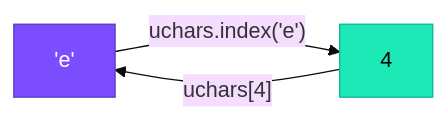
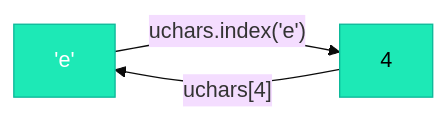
Before and after one commit to iamkhalid2/microgpt-course: the diagram in docs/01-data-and-tokenization/01-characters-as-numbers.md, drawn with Mermaid (base theme). The commit also changed 23 other files, not shown here.

````diff
--- a/docs/01-data-and-tokenization/01-characters-as-numbers.md
+++ b/docs/01-data-and-tokenization/01-characters-as-numbers.md
@@ -68,8 +68,8 @@
 ```mermaid
 flowchart LR
     A["'e'"] -- "uchars.index('e')" --> B["4"]
     B -- "uchars[4]" --> A
 
-    style A fill:#7c4dff,stroke:#5c3cbf,color:#fff
+    style A fill:#1de9b6,stroke:#0db99a,color:#fff
     style B fill:#1de9b6,stroke:#0db99a,color:#000
 ```
````
